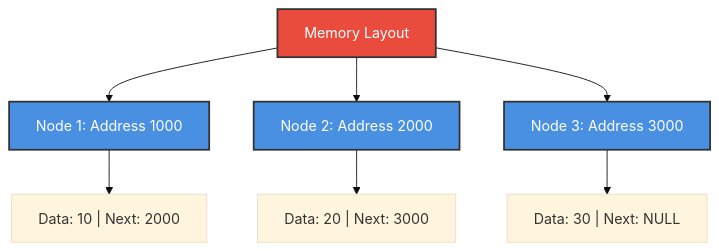
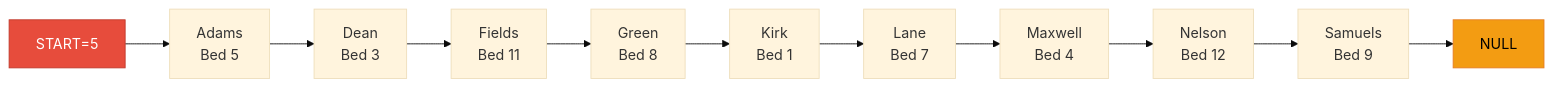
One commit to M-F-Tushar/CSE-2101-Data-Structure changed the fourth of 27 diagrams in Chapter 5 - Linked Lists/README.md. Above: the diagram before and after it, drawn with Mermaid (base theme). The commit also changed other lines of this file, not shown here.

````diff
--- a/Chapter 5 - Linked Lists/README.md
+++ b/Chapter 5 - Linked Lists/README.md
@@ -267,15 +121,16 @@
 ```mermaid
-graph TD
-    A["Memory Layout"] --> B["Node 1: Address 1000"]
-    A --> C["Node 2: Address 2000"]
-    A --> D["Node 3: Address 3000"]
+graph LR
+    S["START=5"] --> A["Adams<br/>Bed 5"]
+    A --> D["Dean<br/>Bed 3"]
+    D --> F["Fields<br/>Bed 11"]
+    F --> G["Green<br/>Bed 8"]
+    G --> K["Kirk<br/>Bed 1"]
+    K --> L["Lane<br/>Bed 7"]
+    L --> M["Maxwell<br/>Bed 4"]
+    M --> N["Nelson<br/>Bed 12"]
+    N --> Sa["Samuels<br/>Bed 9"]
+    Sa --> NULL["NULL"]
     
-    B --> B1["Data: 10 | Next: 2000"]
-    C --> C1["Data: 20 | Next: 3000"]
-    D --> D1["Data: 30 | Next: NULL"]
-    
-    style A fill:#E94B3C,stroke:#333,stroke-width:2px,color:#fff
-    style B fill:#4A90E2,stroke:#333,stroke-width:2px,color:#fff
-    style C fill:#4A90E2,stroke:#333,stroke-width:2px,color:#fff
-    style D fill:#4A90E2,stroke:#333,stroke-width:2px,color:#fff
+    style S fill:#e74c3c,stroke:#c0392b,color:#fff
+    style NULL fill:#f39c12,stroke:#e67e22,color:#000
 ```
````
